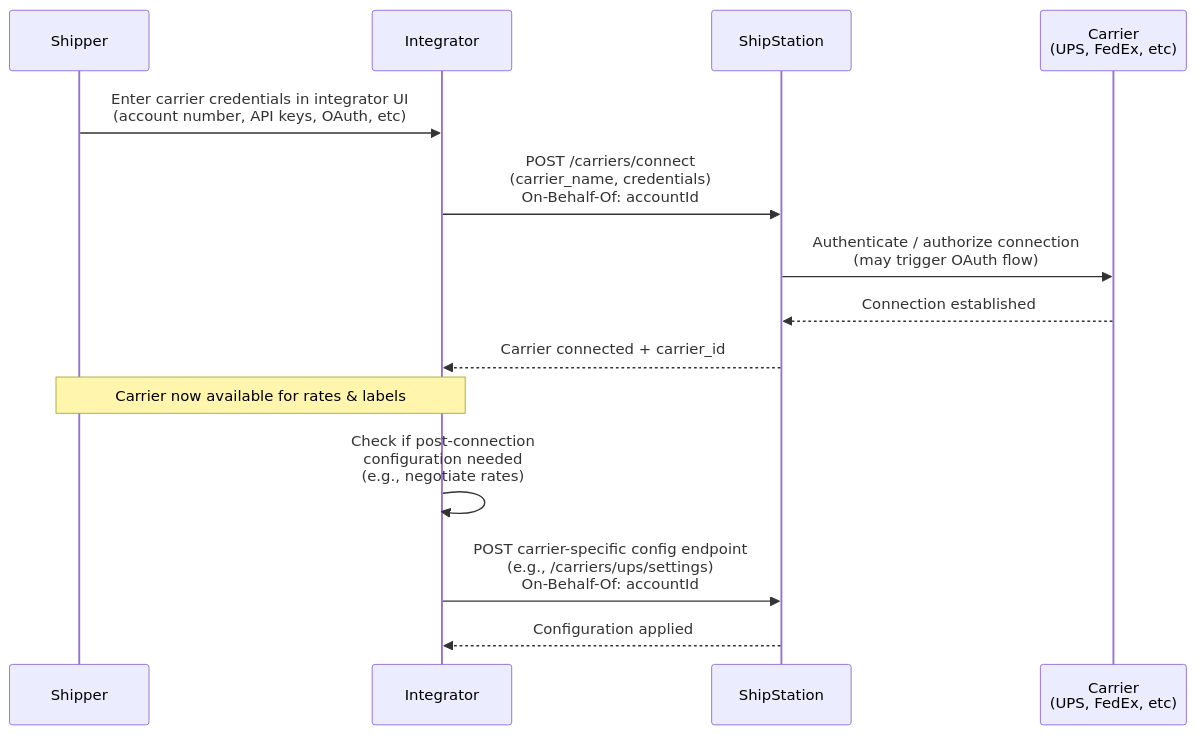
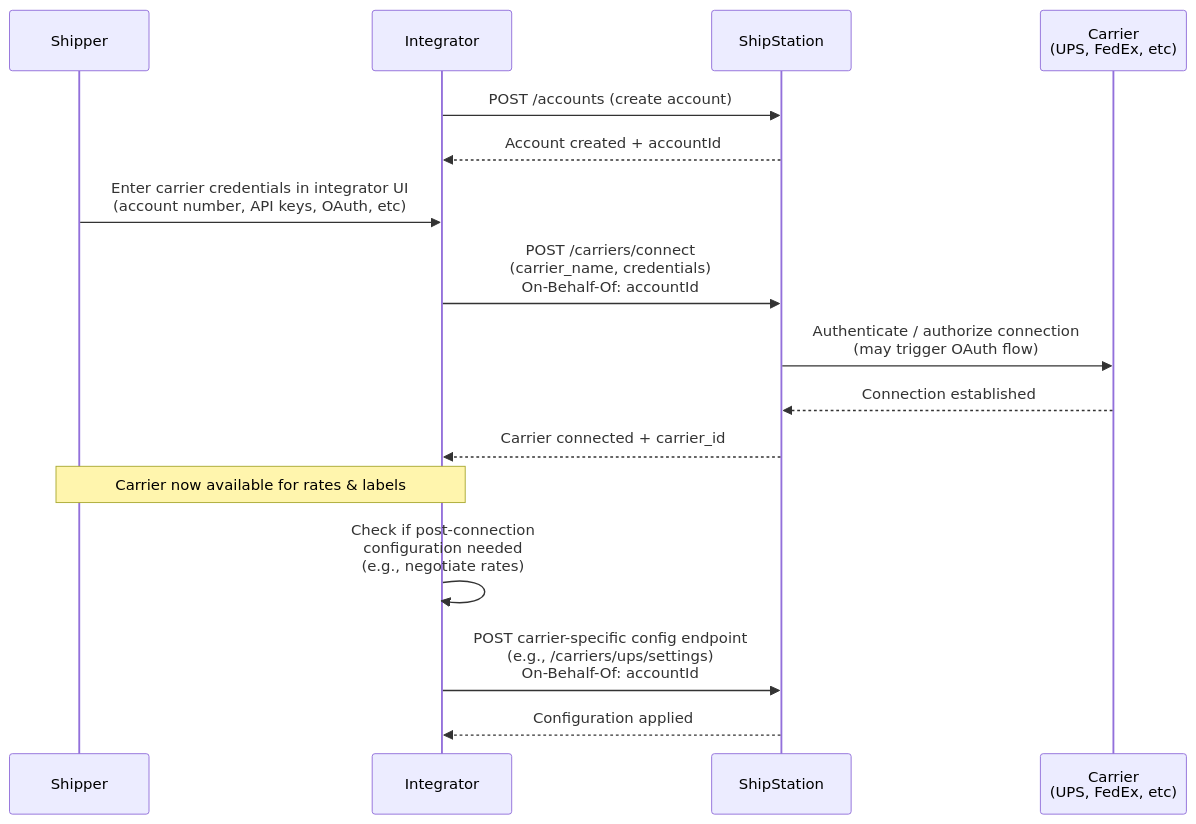
The diagram in patterns/partner api/byoa-carrier-onboarding.md (pmcgee-personal/shipstation-integration-toolkit), drawn with Mermaid before and after one commit. The commit also changed other lines of this file, not shown here.

````diff
--- a/patterns/partner api/byoa-carrier-onboarding.md
+++ b/patterns/partner api/byoa-carrier-onboarding.md
@@ -9,21 +9,24 @@
 ```mermaid
 sequenceDiagram
     participant Shipper
     participant Integrator
     participant ShipStation
     participant Carrier as Carrier<br/>(UPS, FedEx, etc)
+
+    Integrator->>ShipStation: POST /accounts (create account)
+    ShipStation-->>Integrator: Account created + accountId
 
     Shipper->>Integrator: Enter carrier credentials in integrator UI<br/>(account number, API keys, OAuth, etc)
 
     Integrator->>ShipStation: POST /carriers/connect<br/>(carrier_name, credentials)<br/>On-Behalf-Of: accountId
     ShipStation->>Carrier: Authenticate / authorize connection<br/>(may trigger OAuth flow)
     Carrier-->>ShipStation: Connection established
 
     ShipStation-->>Integrator: Carrier connected + carrier_id
 
     Note over Integrator,Shipper: Carrier now available for rates & labels
 
     Integrator->>Integrator: Check if post-connection<br/>configuration needed<br/>(e.g., negotiate rates)
     Integrator->>ShipStation: POST carrier-specific config endpoint<br/>(e.g., /carriers/ups/settings)<br/>On-Behalf-Of: accountId
     ShipStation-->>Integrator: Configuration applied
 ```
````
